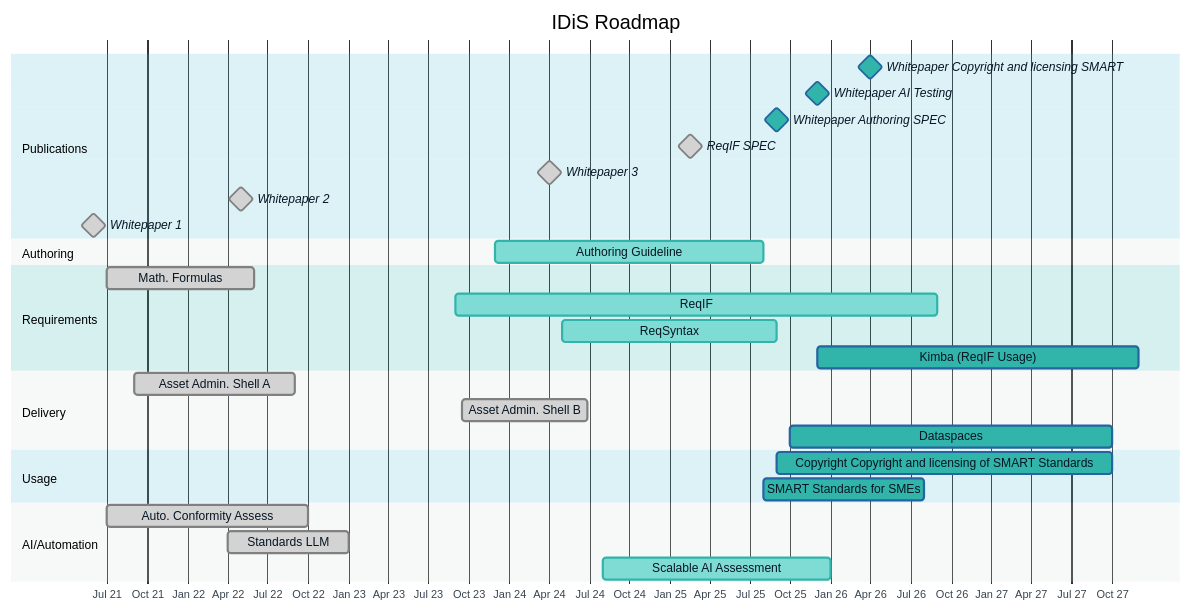
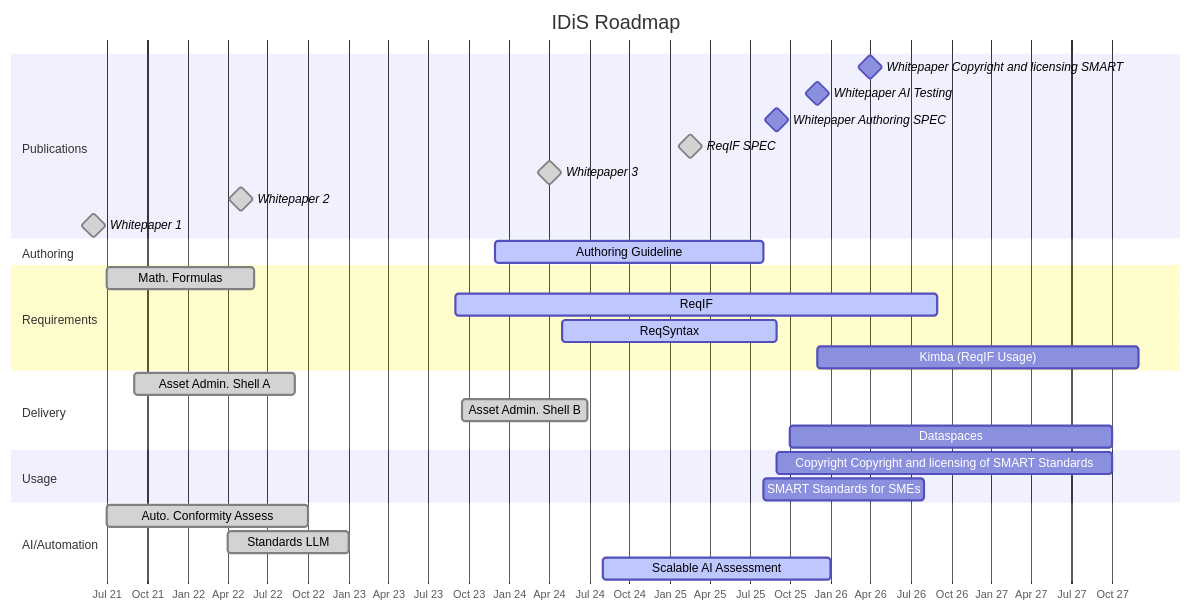
The diagram in idis-roadmap.md (DIN-DKE/DKE_0001__SMART_Standards_Roadmap), drawn with Mermaid before and after one commit.

Commit message:
remove style from mermaid markdown

````diff
--- a/idis-roadmap.md
+++ b/idis-roadmap.md
@@ -1,57 +1,40 @@
 ```mermaid
 
-%%{
-  init: {
-    'theme': 'base',
-    'themeVariables': {
-      'fontFamily': 'Noto Sans, Arial, Sans-Serif',
-      'primaryColor': '#31b4aa',
-      'primaryTextColor': '#071625',
-      'primaryBorderColor': '#2564a1',
-      'lineColor': '#d5dddc',
-      'secondaryColor': '#3a8dcb',
-      'tertiaryColor': '#fff',
-      'sectionBkgColor': '#52bdd7',
-      'altSectionBkgColor': '#d5dddc'
-    }
-  }
-}%%
 gantt
     dateFormat  YYYY-MM-DD
     title       IDiS Roadmap
     tickInterval 3month
     axisFormat %b %y
 
     section Publications
     Whitepaper Copyright and licensing SMART : milestone, 2026-03-31, 1d
     Whitepaper AI Testing       : milestone, 2025-11-31, 1d
     Whitepaper Authoring SPEC         : milestone, 2025-08-30, 1d
     ReqIF SPEC             : milestone, done, 2025-02-15, 1d
     Whitepaper 3           : milestone, done, 2024-04-01, 1d
     Whitepaper 2           : milestone, done, 2022-05-01, 1d
     Whitepaper 1           : milestone, done, 2021-06-01, 1d
 
     section Authoring
     Authoring Guideline    : active, 2023-11-29, 2025-08-01
 
     section Requirements
     Math. Formulas         : done, 2021-07-01, 2022-06-01
     ReqIF                  : active, 2023-08-31, 2026-08-31
     ReqSyntax              : active, 2024-05-01, 2025-08-30
     Kimba (ReqIF Usage) :  2025-12-01, 2027-12-01
 
     section Delivery
     Asset Admin. Shell A   : done, 2021-09-01, 2022-09-01
     Asset Admin. Shell B   : done, 2023-09-15, 2024-06-26
     Dataspaces             : 2025-10-01, 2027-10-01
 
     section Usage
     Copyright Copyright and licensing of SMART Standards : 2025-09-01, 2027-10-01
     SMART Standards for SMEs : 2025-08-01, 2026-08-01
 
     section AI/Automation
     Auto. Conformity Assess: done, 2021-07-01, 2022-10-01
     Standards LLM          : done, 2022-04-01, 2023-01-01
-    Scalable AI Assessment : active, 2024-08-01, 2025-12-31
-
+    Scalable AI Assessment : active, 2024-08-01, 2025-12-31 
 ```
````
